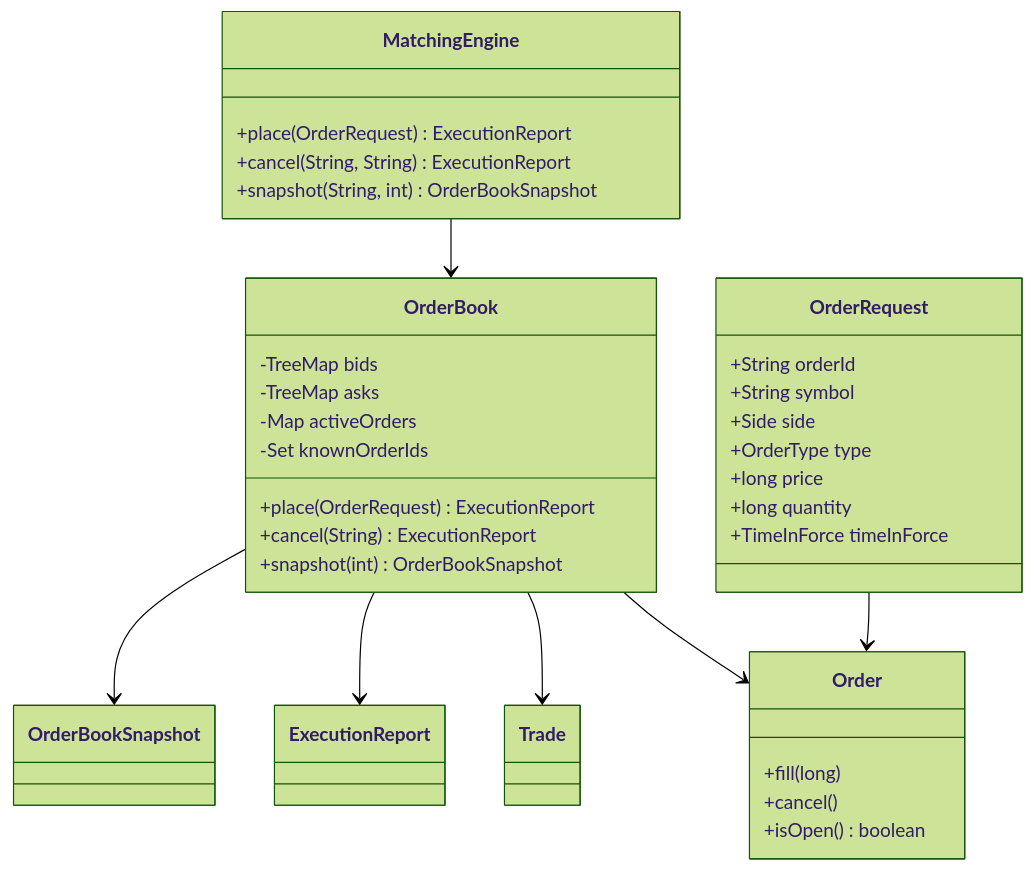
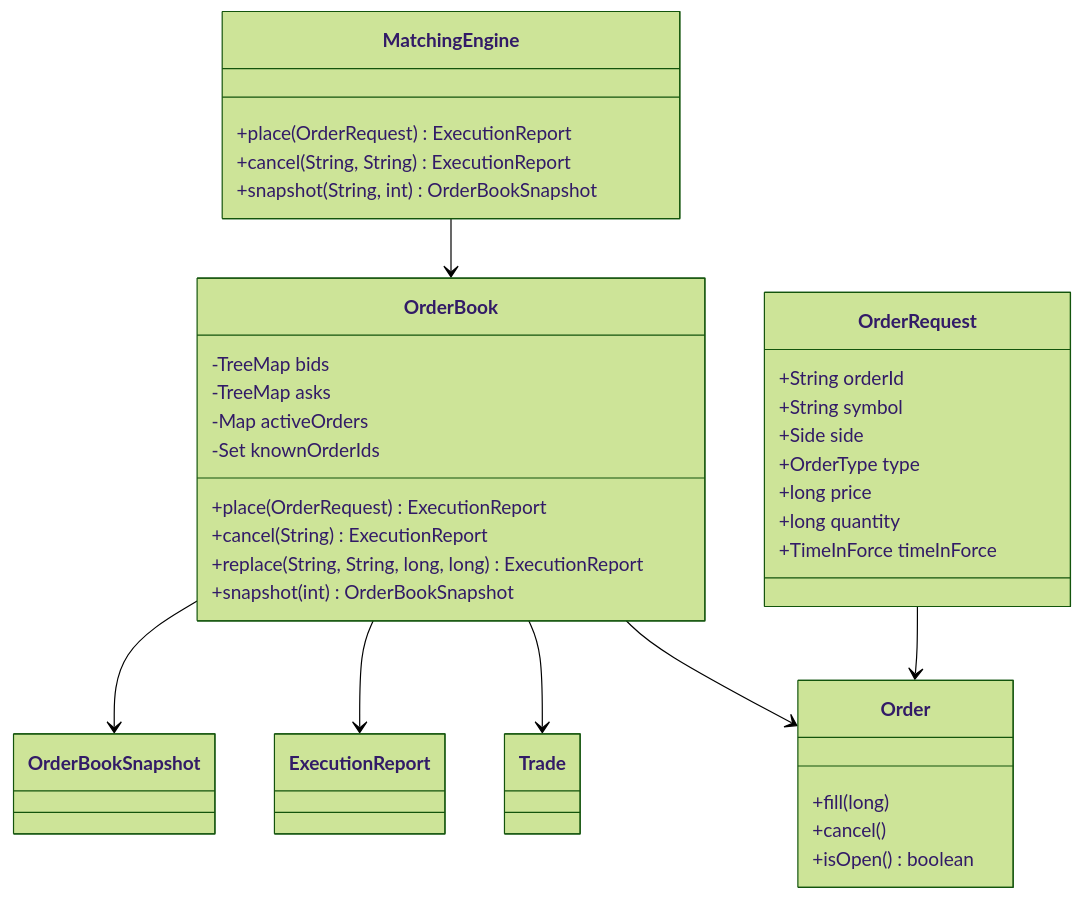
One commit to thechiranjeevjain/LLD changed the first of 2 diagrams in DesignOrderBook/docs/LOW_LEVEL_DESIGN.md. Above: the diagram before and after it, drawn with Mermaid (forest theme). The commit also changed other lines of this file and 84 other files, not shown here.

````diff
--- a/DesignOrderBook/docs/LOW_LEVEL_DESIGN.md
+++ b/DesignOrderBook/docs/LOW_LEVEL_DESIGN.md
@@ -24,45 +34,46 @@
 ```mermaid
 classDiagram
     class MatchingEngine {
         +place(OrderRequest) ExecutionReport
         +cancel(String, String) ExecutionReport
         +snapshot(String, int) OrderBookSnapshot
     }
 
     class OrderBook {
         -TreeMap bids
         -TreeMap asks
         -Map activeOrders
         -Set knownOrderIds
         +place(OrderRequest) ExecutionReport
         +cancel(String) ExecutionReport
+        +replace(String, String, long, long) ExecutionReport
         +snapshot(int) OrderBookSnapshot
     }
 
     class OrderRequest {
         +String orderId
         +String symbol
         +Side side
         +OrderType type
         +long price
         +long quantity
         +TimeInForce timeInForce
     }
 
     class Order {
         +fill(long)
         +cancel()
         +isOpen() boolean
     }
 
     class ExecutionReport
     class Trade
     class OrderBookSnapshot
 
     MatchingEngine --> OrderBook
     OrderBook --> Order
     OrderBook --> Trade
     OrderBook --> ExecutionReport
     OrderBook --> OrderBookSnapshot
     OrderRequest --> Order
 ```
````
